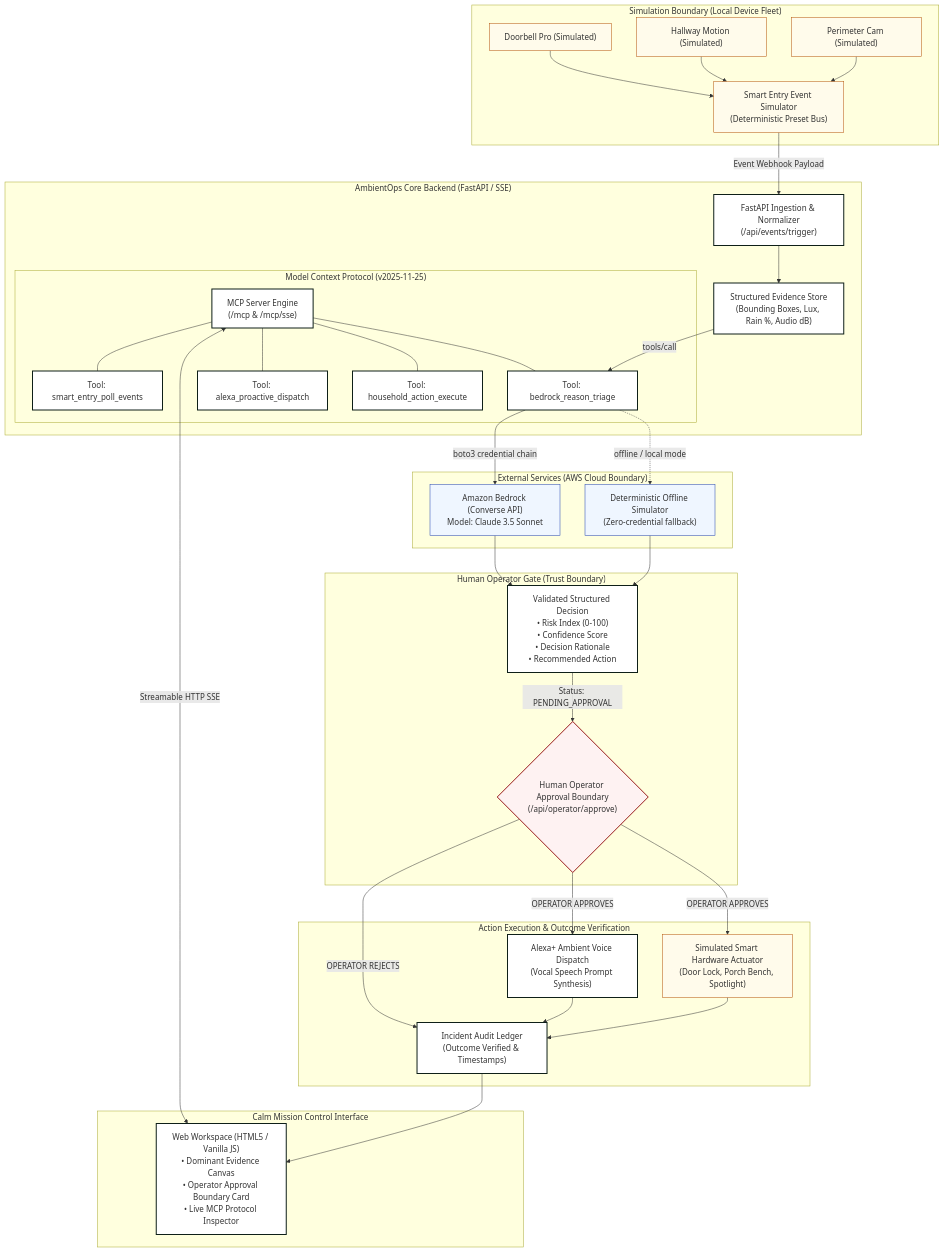
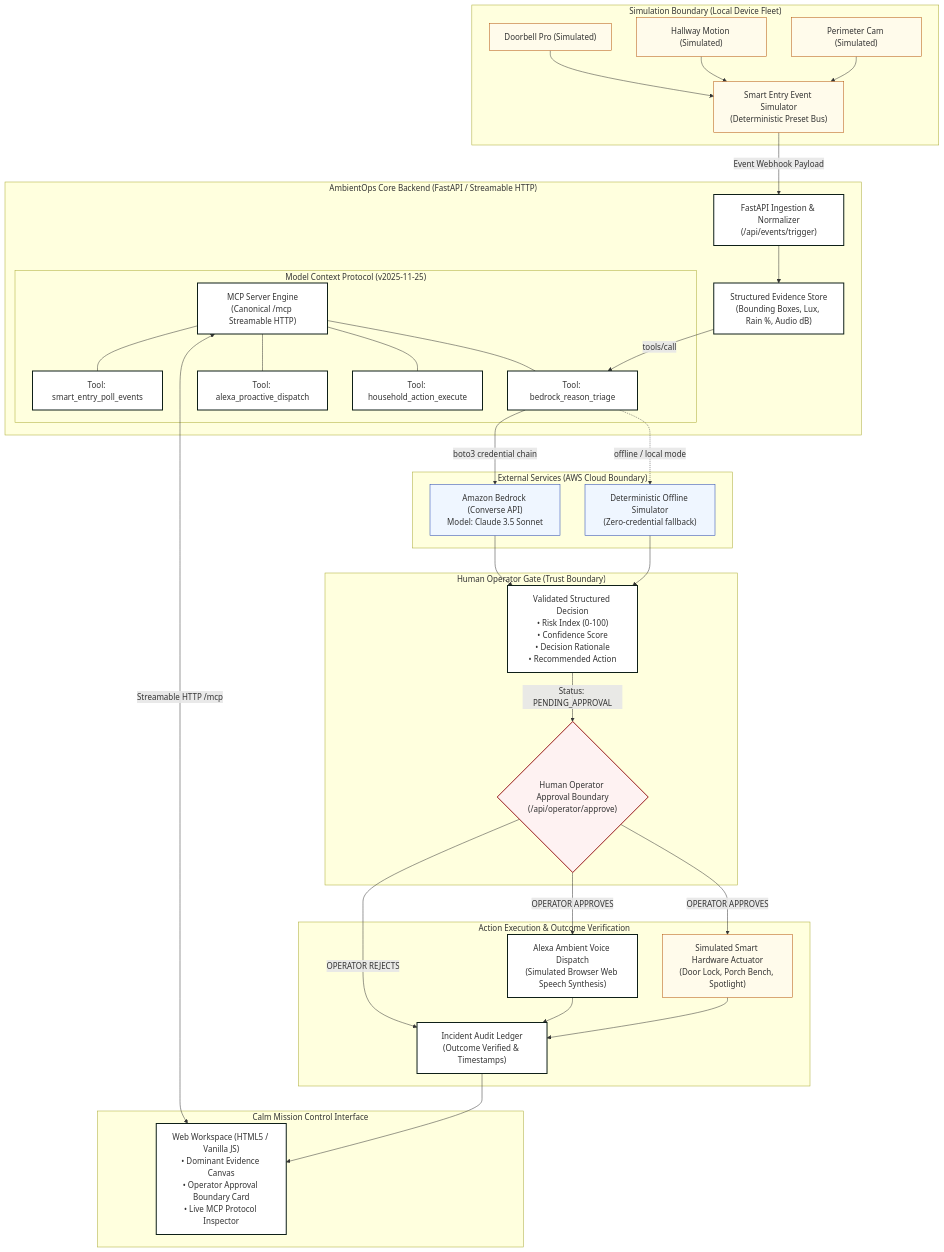
The diagram in docs/ARCHITECTURE.md (abhijeetnardele24-hash/ambient-ops), drawn with Mermaid before and after one commit. The commit also changed 24 other files, not shown here.

Commit message:
fix(mcp): resolve task group lifecycle in Streamable HTTP, add app factory, safe simulator default, and CI container healthcheck

````diff
--- a/docs/ARCHITECTURE.md
+++ b/docs/ARCHITECTURE.md
@@ -21,72 +21,72 @@
 ```mermaid
 graph TD
     classDef sim fill:#fffbeb,stroke:#b45309,stroke-width:1px;
     classDef core fill:#ffffff,stroke:#0e1f18,stroke-width:2px;
     classDef gate fill:#fef2f2,stroke:#991b1b,stroke-width:2px;
     classDef ext fill:#eff6ff,stroke:#1e40af,stroke-width:1px;
 
     subgraph SIM_BOUNDARY ["Simulation Boundary (Local Device Fleet)"]
         D1["Doorbell Pro (Simulated)"]:::sim
         D2["Hallway Motion (Simulated)"]:::sim
         D3["Perimeter Cam (Simulated)"]:::sim
         SIM_BUS["Smart Entry Event Simulator<br/>(Deterministic Preset Bus)"]:::sim
         D1 --> SIM_BUS
         D2 --> SIM_BUS
         D3 --> SIM_BUS
     end
 
-    subgraph TRUST_BOUNDARY ["AmbientOps Core Backend (FastAPI / SSE)"]
+    subgraph TRUST_BOUNDARY ["AmbientOps Core Backend (FastAPI / Streamable HTTP)"]
         INGEST["FastAPI Ingestion & Normalizer<br/>(/api/events/trigger)"]:::core
         SIM_BUS -->|Event Webhook Payload| INGEST
         
         EVID["Structured Evidence Store<br/>(Bounding Boxes, Lux, Rain %, Audio dB)"]:::core
         INGEST --> EVID
 
         subgraph MCP_CORE ["Model Context Protocol (v2025-11-25)"]
-            MCP_ENG["MCP Server Engine<br/>(/mcp & /mcp/sse)"]:::core
+            MCP_ENG["MCP Server Engine<br/>(Canonical /mcp Streamable HTTP)"]:::core
             T_POLL["Tool: smart_entry_poll_events"]:::core
             T_TRIAGE["Tool: bedrock_reason_triage"]:::core
             T_DISPATCH["Tool: alexa_proactive_dispatch"]:::core
             T_ACTION["Tool: household_action_execute"]:::core
             MCP_ENG --- T_POLL
             MCP_ENG --- T_TRIAGE
             MCP_ENG --- T_DISPATCH
             MCP_ENG --- T_ACTION
         end
         EVID -->|tools/call| T_TRIAGE
     end
 
     subgraph CLOUD_BOUNDARY ["External Services (AWS Cloud Boundary)"]
         BEDROCK["Amazon Bedrock (Converse API)<br/>Model: Claude 3.5 Sonnet"]:::ext
         EMULATOR["Deterministic Offline Simulator<br/>(Zero-credential fallback)"]:::ext
         T_TRIAGE -->|boto3 credential chain| BEDROCK
         T_TRIAGE -.->|offline / local mode| EMULATOR
     end
 
     subgraph OPERATOR_GATE ["Human Operator Gate (Trust Boundary)"]
         DECISION["Validated Structured Decision<br/>• Risk Index (0-100)<br/>• Confidence Score<br/>• Decision Rationale<br/>• Recommended Action"]:::core
         BEDROCK --> DECISION
         EMULATOR --> DECISION
 
         GATE{"Human Operator Approval Boundary<br/>(/api/operator/approve)"}:::gate
         DECISION -->|Status: PENDING_APPROVAL| GATE
     end
 
     subgraph OUTCOME_STAGE ["Action Execution & Outcome Verification"]
-        DISPATCH_VOICE["Alexa+ Ambient Voice Dispatch<br/>(Vocal Speech Prompt Synthesis)"]:::core
+        DISPATCH_VOICE["Alexa Ambient Voice Dispatch<br/>(Simulated Browser Web Speech Synthesis)"]:::core
         EXEC_ACTION["Simulated Smart Hardware Actuator<br/>(Door Lock, Porch Bench, Spotlight)"]:::sim
         AUDIT["Incident Audit Ledger<br/>(Outcome Verified & Timestamps)"]:::core
 
         GATE -->|OPERATOR APPROVES| DISPATCH_VOICE
         GATE -->|OPERATOR APPROVES| EXEC_ACTION
         GATE -->|OPERATOR REJECTS| AUDIT
         DISPATCH_VOICE --> AUDIT
         EXEC_ACTION --> AUDIT
     end
 
     subgraph CLIENT_UI ["Calm Mission Control Interface"]
         UI_WORKSPACE["Web Workspace (HTML5 / Vanilla JS)<br/>• Dominant Evidence Canvas<br/>• Operator Approval Boundary Card<br/>• Live MCP Protocol Inspector"]:::core
-        MCP_ENG <-->|Streamable HTTP SSE| UI_WORKSPACE
+        MCP_ENG <-->|Streamable HTTP /mcp| UI_WORKSPACE
         AUDIT --> UI_WORKSPACE
     end
 ```
````
